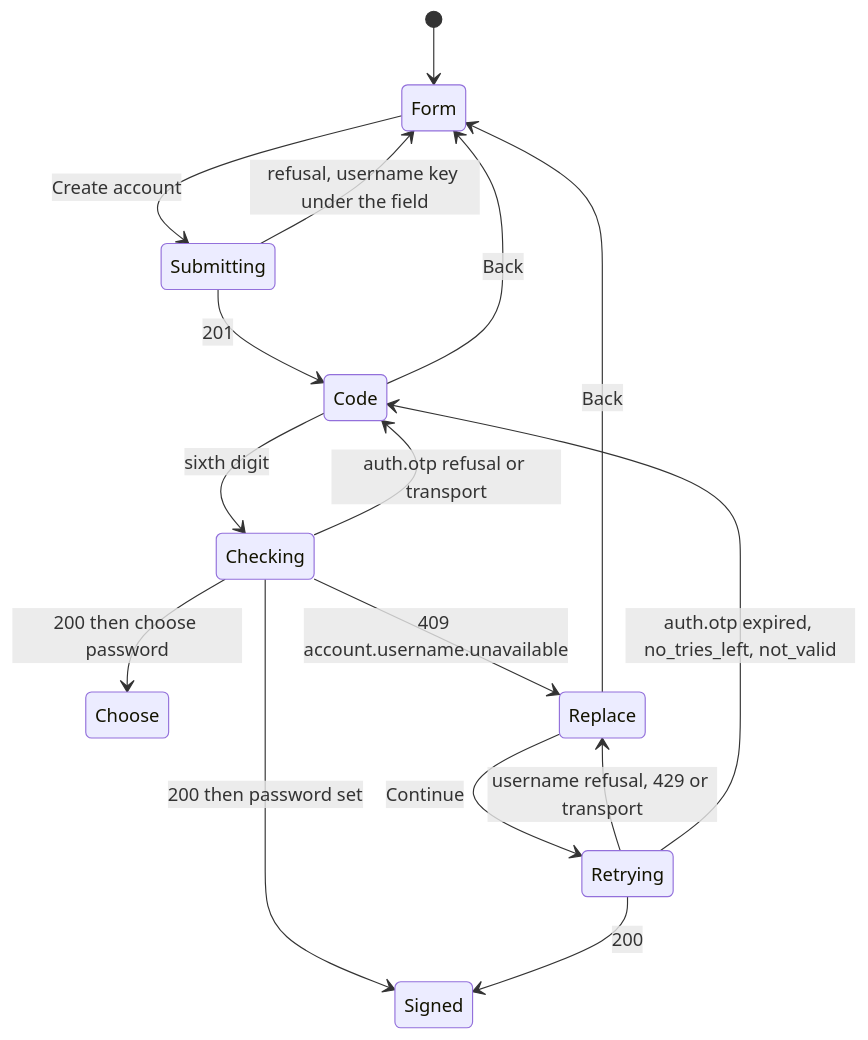
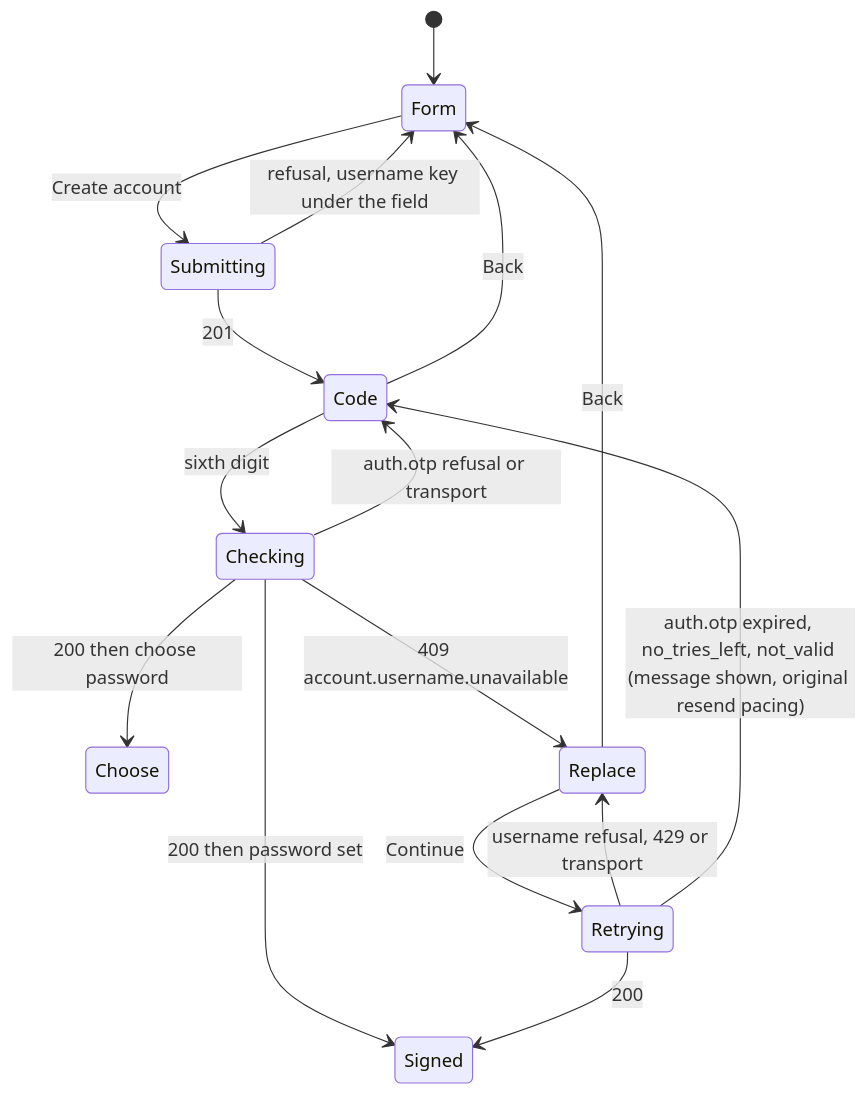
The second of 5 diagrams in aidlc/spaces/default/intents/261113-unique-usernames/construction/web-identity/functional-design/functional-spec.md (arshomashohag/shikkhok-plus), drawn with Mermaid before and after one commit. The commit also changed other lines of this file and 5 other files, not shown here.

````diff
--- a/aidlc/spaces/default/intents/261113-unique-usernames/construction/web-identity/functional-design/functional-spec.md
+++ b/aidlc/spaces/default/intents/261113-unique-usernames/construction/web-identity/functional-design/functional-spec.md
@@ -483,18 +544,18 @@
 ```mermaid
 stateDiagram-v2
     [*] --> Form
     Form --> Submitting: Create account
     Submitting --> Form: refusal, username key under the field
     Submitting --> Code: 201
     Code --> Checking: sixth digit
     Checking --> Signed: 200 then password set
     Checking --> Choose: 200 then choose password
     Checking --> Code: auth.otp refusal or transport
     Checking --> Replace: 409 account.username.unavailable
     Replace --> Retrying: Continue
     Retrying --> Signed: 200
     Retrying --> Replace: username refusal, 429 or transport
-    Retrying --> Code: auth.otp expired, no_tries_left, not_valid
+    Retrying --> Code: auth.otp expired, no_tries_left, not_valid (message shown, original resend pacing)
     Replace --> Form: Back
     Code --> Form: Back
 ```
````
